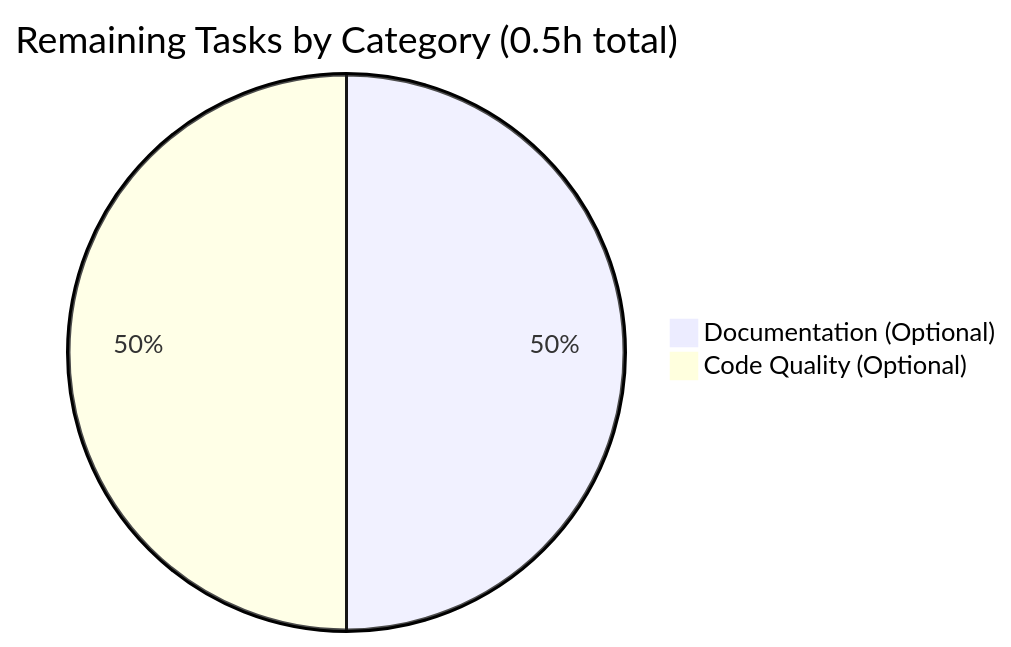
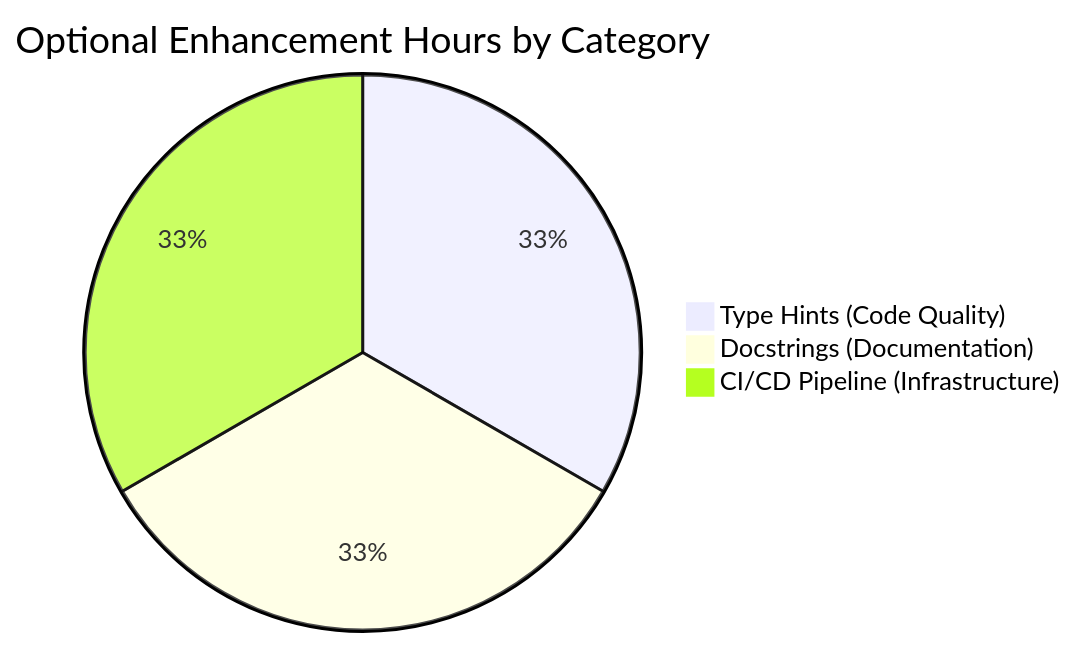
The second of 2 diagrams in blitzy/documentation/Project Guide.md (prasad-blitzy/quick-repo-4), drawn with Mermaid before and after one commit. The commit also changed other lines of this file, not shown here.

Commit message:
Adding Blitzy Project Guide: Project Status and Human Tasks Remaining

````diff
--- a/blitzy/documentation/Project Guide.md
+++ b/blitzy/documentation/Project Guide.md
@@ -631,5 +753,6 @@
 ```mermaid
-pie title Remaining Tasks by Category (0.5h total)
-    "Documentation (Optional)" : 0.25
-    "Code Quality (Optional)" : 0.25
+pie title Optional Enhancement Hours by Category
+    "Type Hints (Code Quality)" : 0.5
+    "Docstrings (Documentation)" : 0.5
+    "CI/CD Pipeline (Infrastructure)" : 0.5
 ```
````
